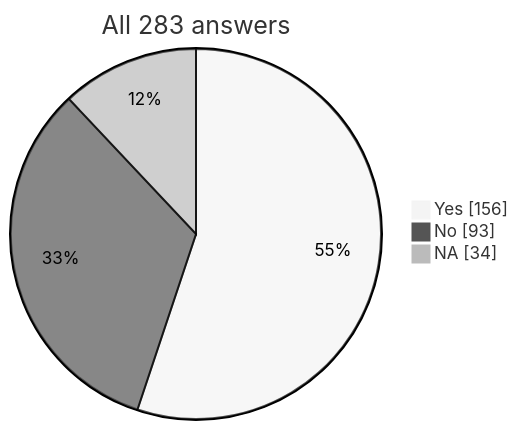
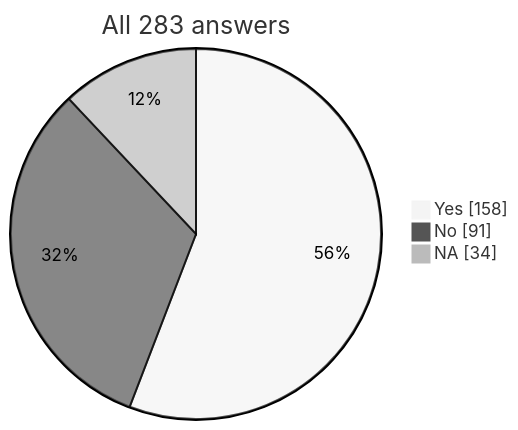
The diagram in docs/security/caiq.md (Colorado-Startups/legallas), drawn with Mermaid (neutral theme) before and after one commit. The commit also changed other lines of this file and 1 other file, not shown here.

First line of the commit message:
docs(security): CAIQ TVM-04.1, TVM-04.2 to Yes (#43)

````diff
--- a/docs/security/caiq.md
+++ b/docs/security/caiq.md
@@ -27,6 +27,6 @@
 ```mermaid
 pie showData title All 283 answers
-  "Yes" : 156
-  "No" : 93
+  "Yes" : 158
+  "No" : 91
   "NA" : 34
 ```
````
